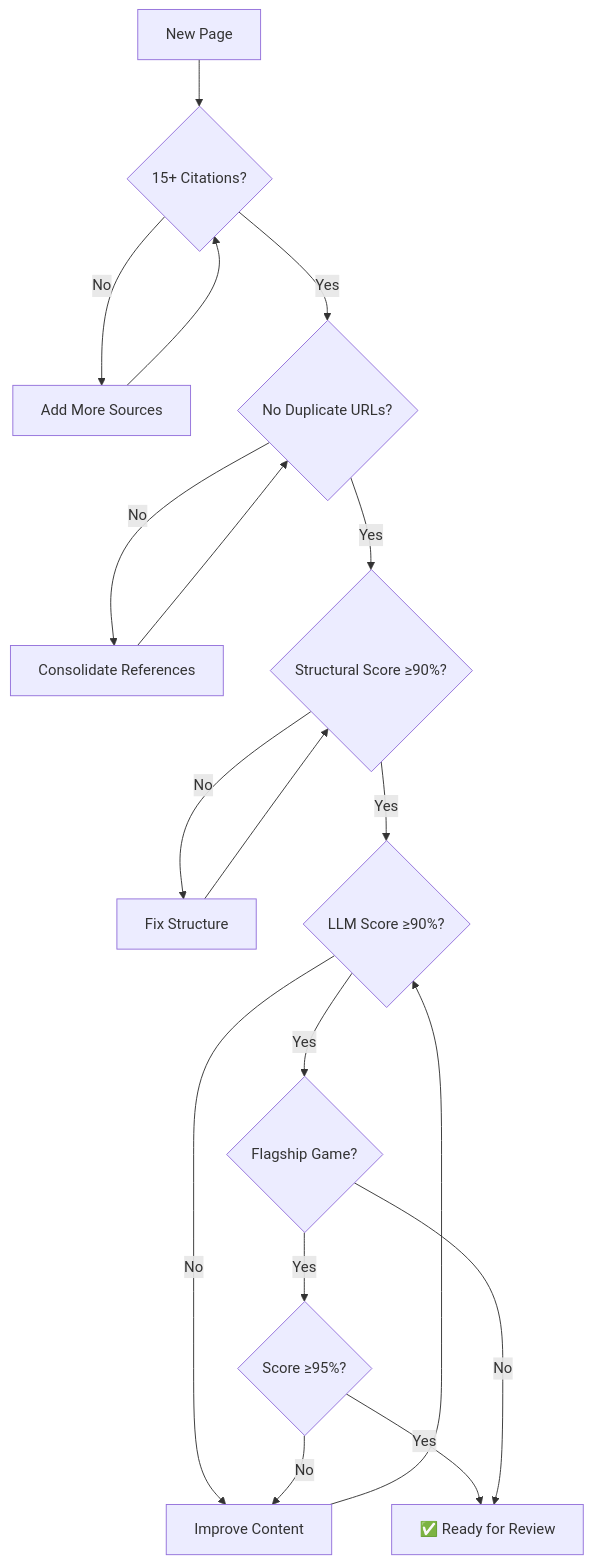
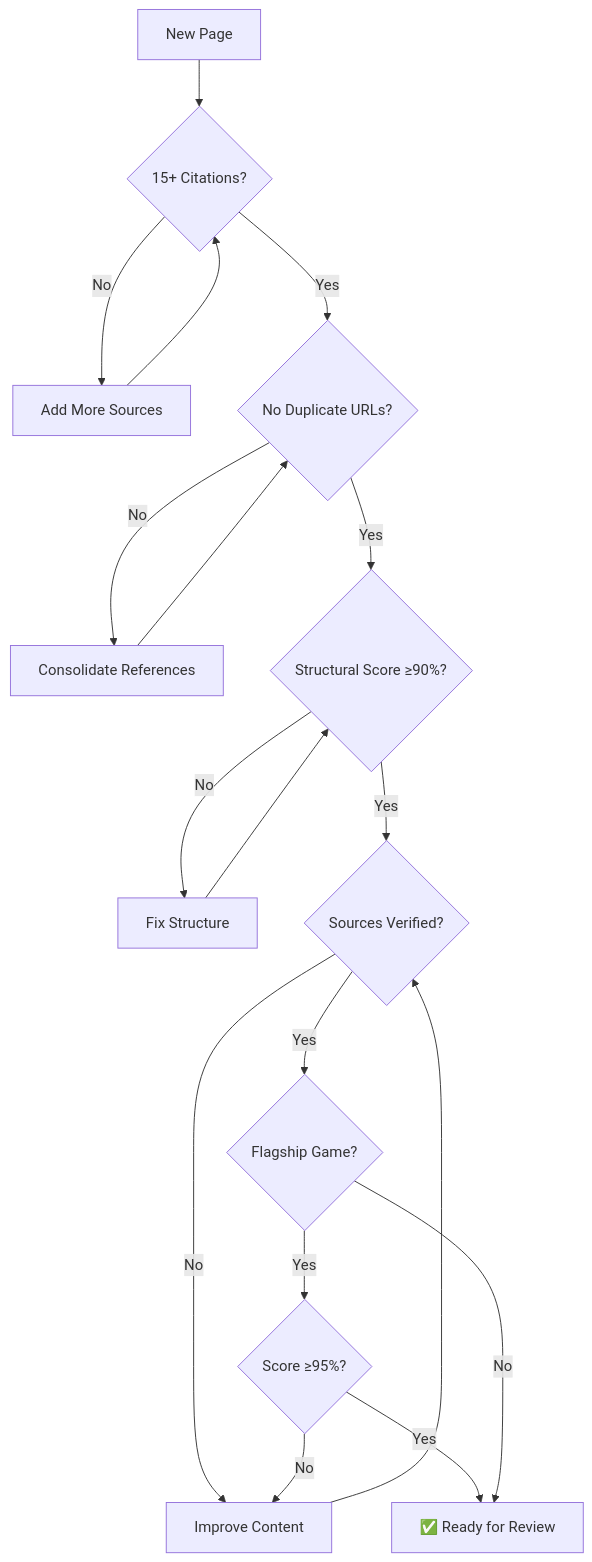
Before and after one commit to d4rkwyng/sierravault: the second of 2 diagrams in README.md, drawn with Mermaid. The commit also changed other lines of this file and 5 other files, not shown here.

````diff
--- a/README.md
+++ b/README.md
@@ -151,20 +151,20 @@
 ```mermaid
 flowchart TD
     A[New Page] --> B{15+ Citations?}
     B -->|No| C[Add More Sources]
     C --> B
     B -->|Yes| D{No Duplicate URLs?}
     D -->|No| E[Consolidate References]
     E --> D
     D -->|Yes| F{Structural Score ≥90%?}
     F -->|No| G[Fix Structure]
     G --> F
-    F -->|Yes| H{LLM Score ≥90%?}
+    F -->|Yes| H{Sources Verified?}
     H -->|No| I[Improve Content]
     I --> H
     H -->|Yes| J{Flagship Game?}
     J -->|Yes| K{Score ≥95%?}
     K -->|No| I
     K -->|Yes| L[✅ Ready for Review]
     J -->|No| L
 ```
````
